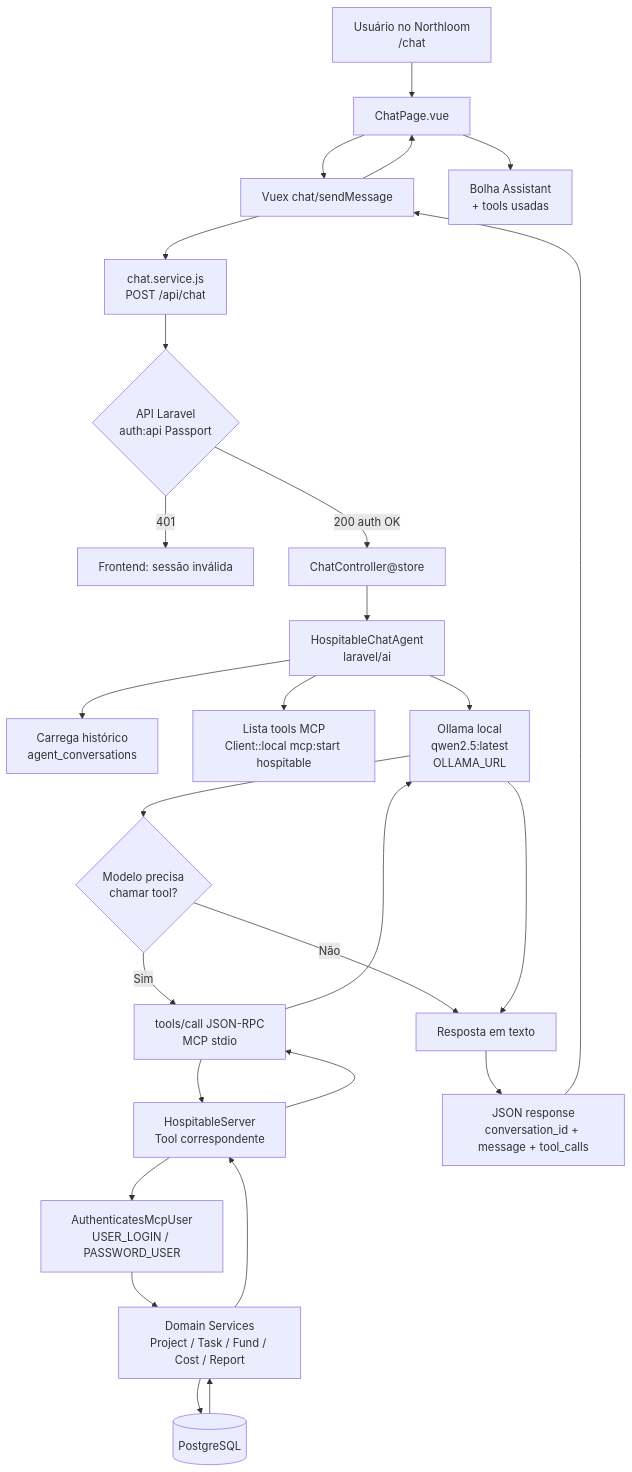
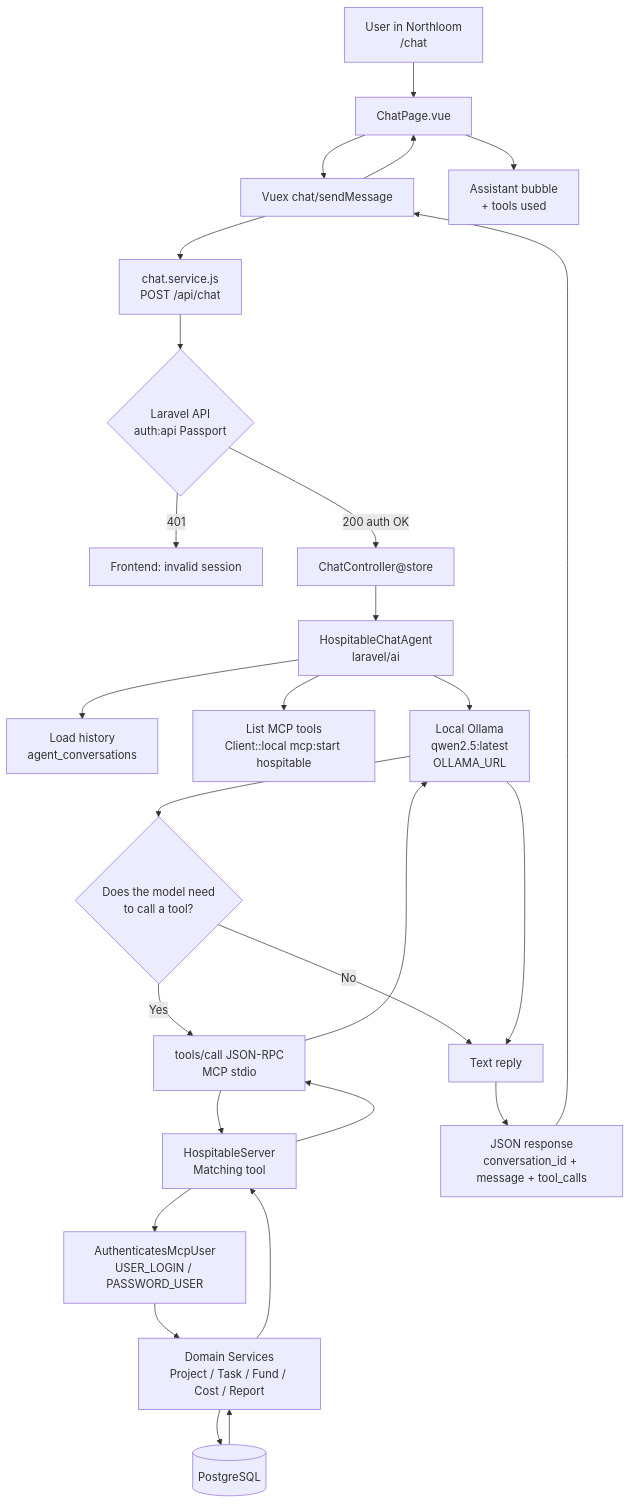
Before and after one commit to wolneydev/boilerplate-vue: the first of 2 diagrams in README.md, drawn with Mermaid. The commit also changed other lines of this file and 1 other file, not shown here.

Commit message:
Docs: update README.md and docs/FLUXO-CHAT-MCP.md

````diff
--- a/README.md
+++ b/README.md
@@ -14,29 +9,29 @@
 ```mermaid
 flowchart TD
-    A["Usuário no Northloom<br/>/chat"] --> B["ChatPage.vue"]
+    A["User in Northloom<br/>/chat"] --> B["ChatPage.vue"]
     B --> C["Vuex chat/sendMessage"]
     C --> D["chat.service.js<br/>POST /api/chat"]
-    D --> E{"API Laravel<br/>auth:api Passport"}
-    E -->|401| Z1["Frontend: sessão inválida"]
+    D --> E{"Laravel API<br/>auth:api Passport"}
+    E -->|401| Z1["Frontend: invalid session"]
     E -->|"200 auth OK"| F["ChatController@store"]
     F --> G["HospitableChatAgent<br/>laravel/ai"]
-    G --> H["Carrega histórico<br/>agent_conversations"]
-    G --> I["Lista tools MCP<br/>Client::local mcp:start hospitable"]
-    G --> J["Ollama local<br/>qwen2.5:latest<br/>OLLAMA_URL"]
-    J --> K{"Modelo precisa<br/>chamar tool?"}
-    K -->|Não| L["Resposta em texto"]
-    K -->|Sim| M["tools/call JSON-RPC<br/>MCP stdio"]
-    M --> N["HospitableServer<br/>Tool correspondente"]
+    G --> H["Load history<br/>agent_conversations"]
+    G --> I["List MCP tools<br/>Client::local mcp:start hospitable"]
+    G --> J["Local Ollama<br/>qwen2.5:latest<br/>OLLAMA_URL"]
+    J --> K{"Does the model need<br/>to call a tool?"}
+    K -->|No| L["Text reply"]
+    K -->|Yes| M["tools/call JSON-RPC<br/>MCP stdio"]
+    M --> N["HospitableServer<br/>Matching tool"]
     N --> O["AuthenticatesMcpUser<br/>USER_LOGIN / PASSWORD_USER"]
     O --> P["Domain Services<br/>Project / Task / Fund / Cost / Report"]
     P --> Q[("PostgreSQL")]
     Q --> P
     P --> N
     N --> M
     M --> J
     J --> L
     L --> R["JSON response<br/>conversation_id + message + tool_calls"]
     R --> C
     C --> B
-    B --> S["Bolha Assistant<br/>+ tools usadas"]
+    B --> S["Assistant bubble<br/>+ tools used"]
 ```
````
